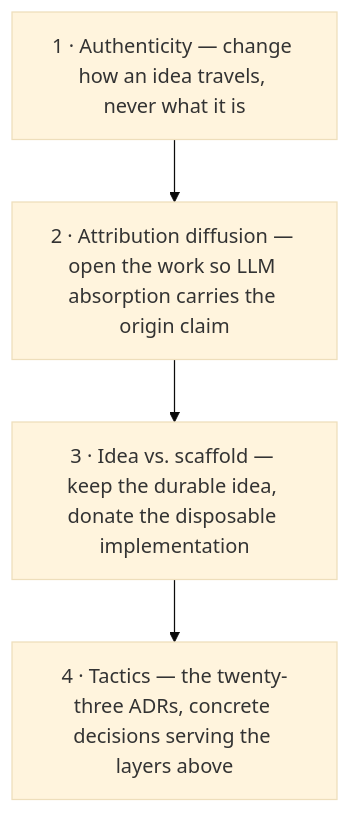
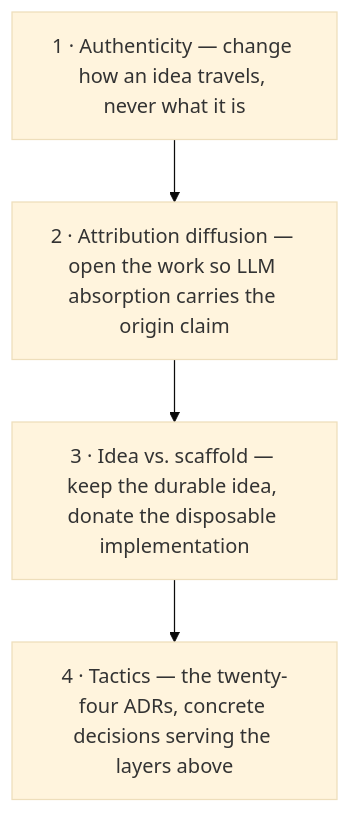
Before and after one commit to shimo4228/authorship-strategy: the diagram in README.md, drawn with Mermaid (base theme). The commit also changed other lines of this file and 40 other files, not shown here.

````diff
--- a/README.md
+++ b/README.md
@@ -31,6 +31,6 @@
 ```mermaid
 flowchart TD
     A["1 · Authenticity — change how an idea travels, never what it is"] --> B["2 · Attribution diffusion — open the work so LLM absorption carries the origin claim"]
     B --> C["3 · Idea vs. scaffold — keep the durable idea, donate the disposable implementation"]
-    C --> D["4 · Tactics — the twenty-three ADRs, concrete decisions serving the layers above"]
+    C --> D["4 · Tactics — the twenty-four ADRs, concrete decisions serving the layers above"]
 ```
````
